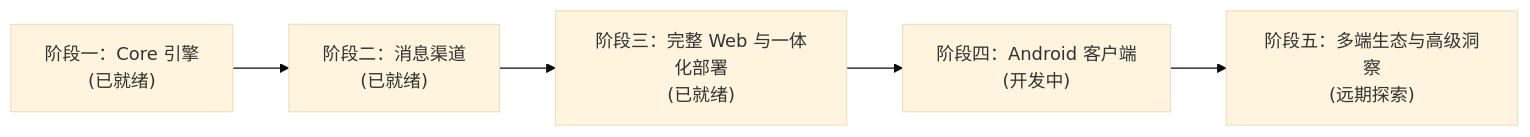
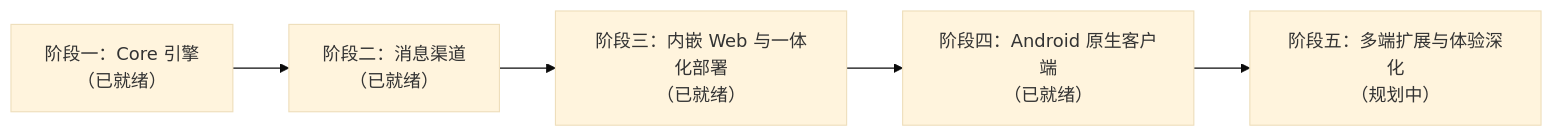
Before and after one commit to Fermin214/Moerise: the diagram in docs/ROADMAP.md, drawn with Mermaid (base theme). The commit also changed other lines of this file and 24 other files, not shown here.

````diff
--- a/docs/ROADMAP.md
+++ b/docs/ROADMAP.md
@@ -9,7 +7,7 @@
 ```mermaid
 flowchart LR
-    Stage1["阶段一：Core 引擎<br/>(已就绪)"] --> Stage2["阶段二：消息渠道<br/>(已就绪)"]
-    Stage2 --> Stage3["阶段三：完整 Web 与一体化部署<br/>(已就绪)"]
-    Stage3 --> Stage4["阶段四：Android 客户端<br/>(开发中)"]
-    Stage4 --> Stage5["阶段五：多端生态与高级洞察<br/>(远期探索)"]
+    Stage1["阶段一：Core 引擎<br/>（已就绪）"] --> Stage2["阶段二：消息渠道<br/>（已就绪）"]
+    Stage2 --> Stage3["阶段三：内嵌 Web 与一体化部署<br/>（已就绪）"]
+    Stage3 --> Stage4["阶段四：Android 原生客户端<br/>（已就绪）"]
+    Stage4 --> Stage5["阶段五：多端扩展与体验深化<br/>（规划中）"]
 ```
````
